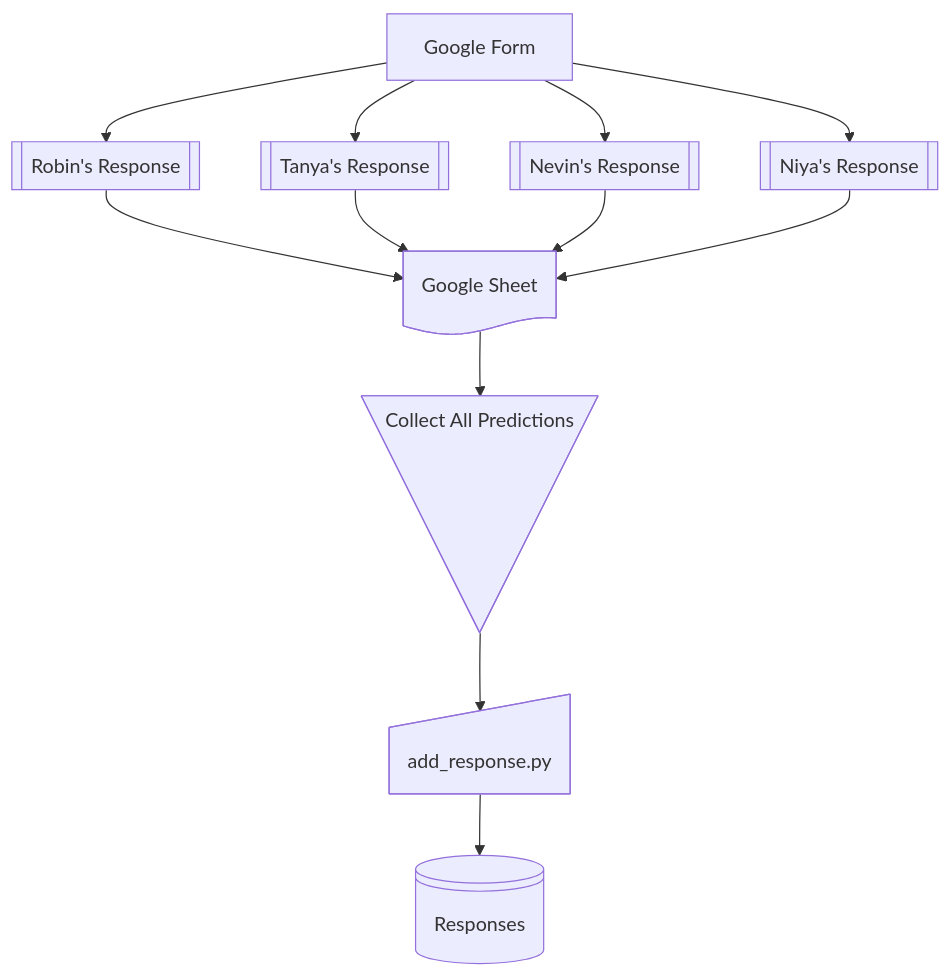
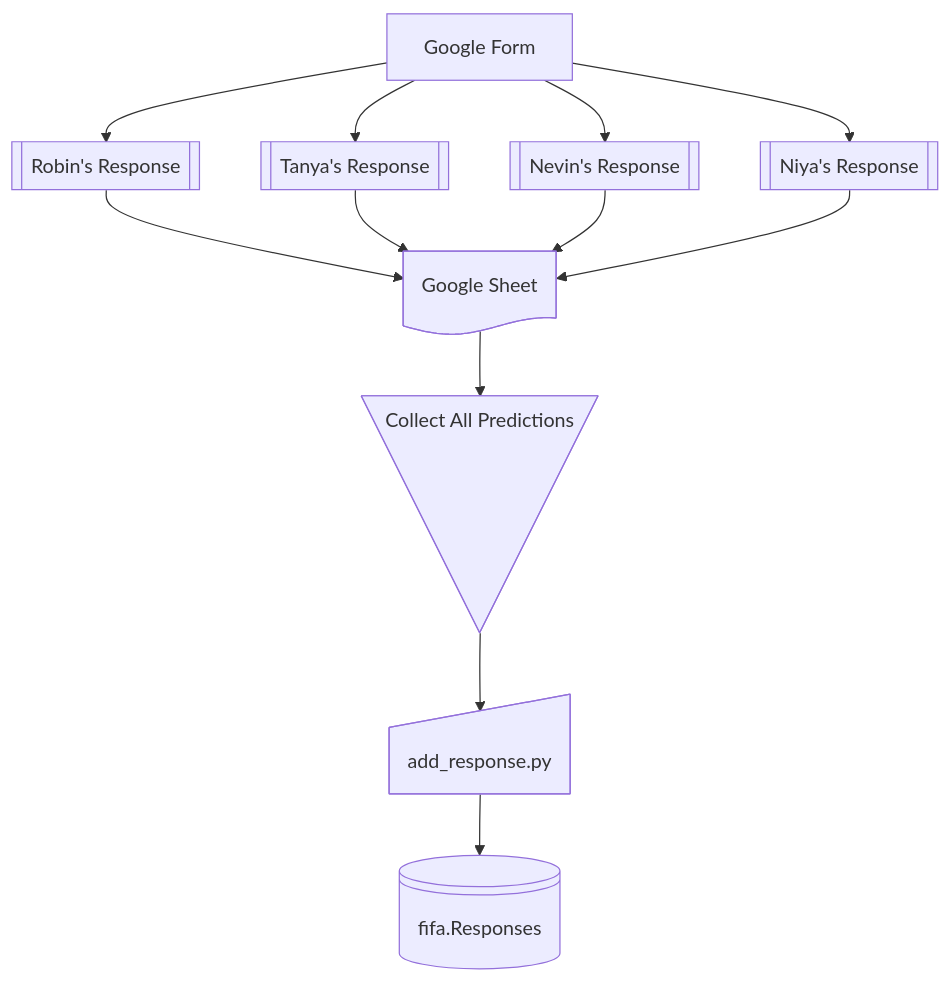
One commit to nevinbeno/family-fifa-predictor changed the diagram in workflow.md. Above: the diagram before and after it, drawn with Mermaid.

Commit message:
forms to db corrected: edit

````diff
--- a/workflow.md
+++ b/workflow.md
@@ -3,17 +3,17 @@
 ```mermaid
 flowchart TD
     A[Google Form] --> B["Robin's Response"]@{shape: fr-rect}
     A --> C["Tanya's Response"]@{shape: fr-rect}
     A --> D["Nevin's Response"]@{shape: fr-rect}
     A --> E["Niya's Response"]@{shape: fr-rect}
     B --> F["Google Sheet"]@{shape: doc}
     C --> F
     D --> F
     E --> F
     Collect["Collect All Predictions"]@{shape: flip-tri}
     F --> Collect
     response["add_response.py"]@{shape: sl-rect}
     Collect --> response
-    database["Responses"]@{shape: lin-cyl}
+    database["fifa.Responses"]@{shape: lin-cyl}
     response --> database
 ```
````
